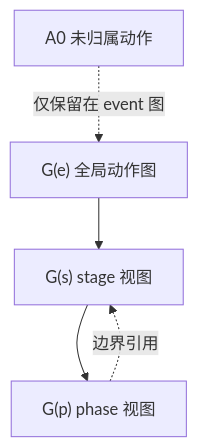
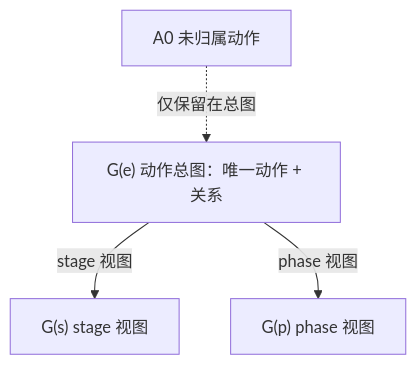
The fourth of 6 diagrams in docs/structures/2-action-graph.md (AgenticFinLab/FinMycelium), drawn with Mermaid before and after one commit. The commit also changed other lines of this file and 4 other files, not shown here.

First line of the commit message:
docs: clarify G(e) as canonical action graph, not a hierarchy level

````diff
--- a/docs/structures/2-action-graph.md
+++ b/docs/structures/2-action-graph.md
@@ -283,11 +283,10 @@
 ```mermaid
 flowchart TB
-    GE["G(e) 全局动作图"]
+    GE["G(e) 动作总图：唯一动作 + 关系"]
     GS["G(s) stage 视图"]
     GP["G(p) phase 视图"]
     A0["A0 未归属动作"]
-    GE --> GS
-    GS --> GP
-    A0 -.->|仅保留在 event 图| GE
-    GP -.->|边界引用| GS
+    GE -->|stage 视图| GS
+    GE -->|phase 视图| GP
+    A0 -.->|仅保留在总图| GE
 ```
````
